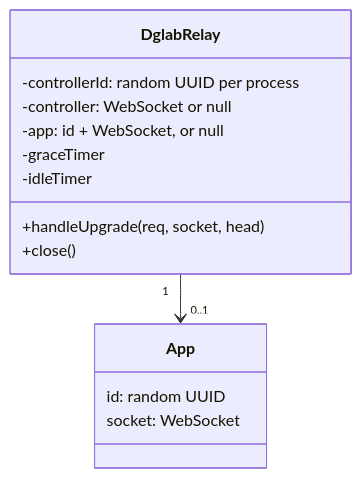
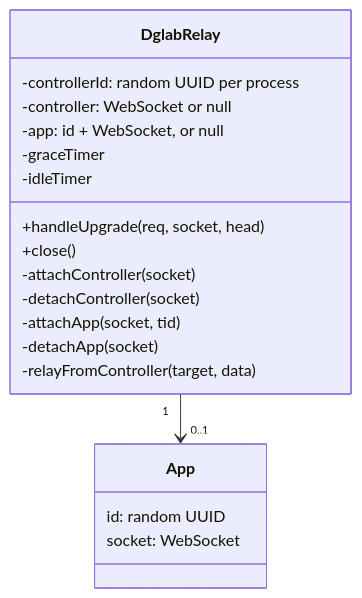
The seventh of 7 diagrams in docs/developer/server.md (lumbar-spine-support/docker-haptic-player), drawn with Mermaid before and after one commit. The commit also changed 1 other file, not shown here.

Commit message:
refactor: dglab relay is now a class for better readability

````diff
--- a/docs/developer/server.md
+++ b/docs/developer/server.md
@@ -171,17 +171,22 @@
 ```mermaid
 classDiagram
   class DglabRelay {
     +handleUpgrade(req, socket, head)
     +close()
+    -attachController(socket)
+    -detachController(socket)
+    -attachApp(socket, tid)
+    -detachApp(socket)
+    -relayFromController(target, data)
     -controllerId: random UUID per process
     -controller: WebSocket or null
     -app: id + WebSocket, or null
     -graceTimer
     -idleTimer
   }
   DglabRelay "1" --> "0..1" App
   class App {
     id: random UUID
     socket: WebSocket
   }
 ```
````
